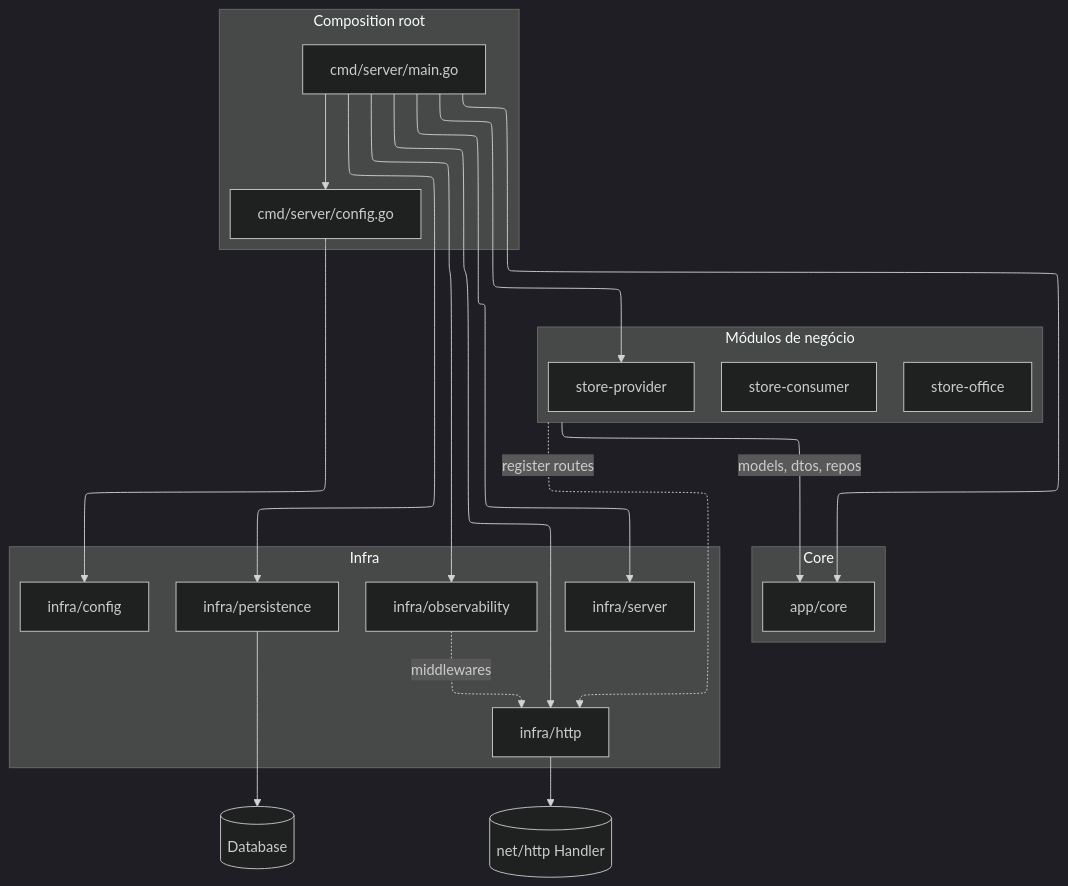
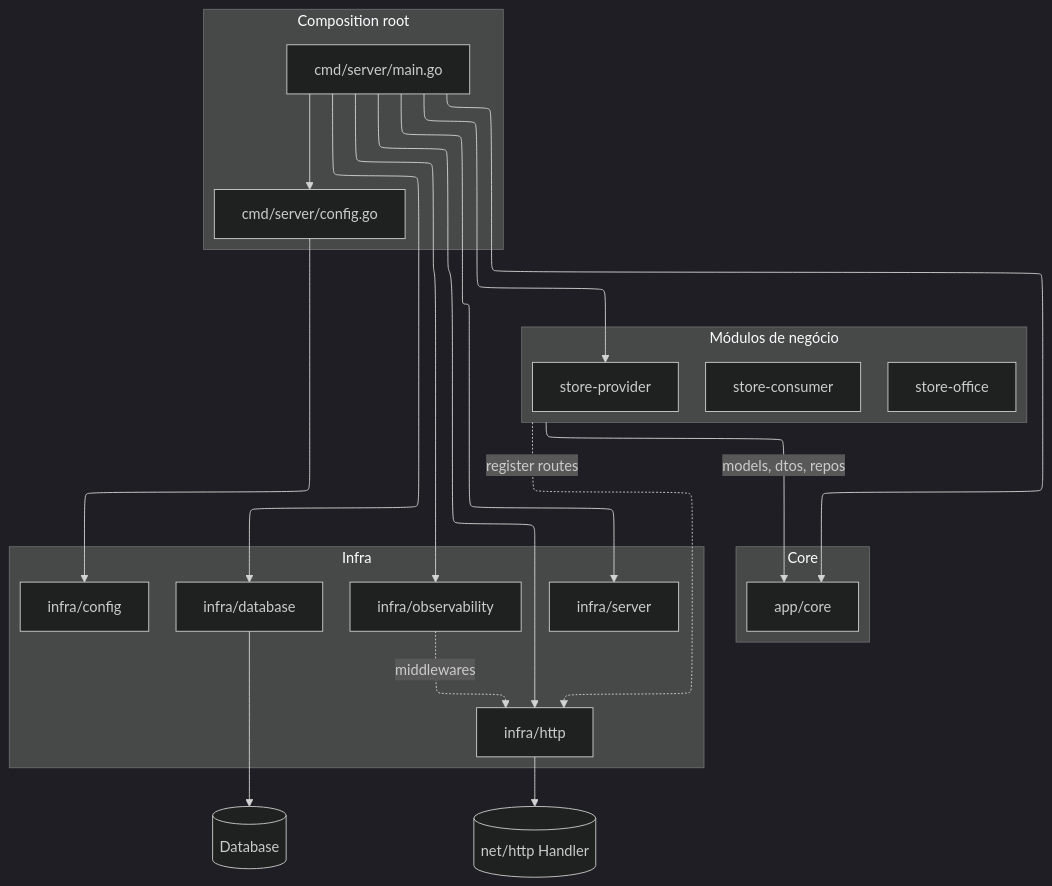
Before and after one commit to brunojet/my-store-go: the diagram in README.md, drawn with Mermaid (dark theme). The commit also changed 12 other files, not shown here.

````diff
--- a/README.md
+++ b/README.md
@@ -66,34 +66,34 @@
 ```mermaid
 ---
 config:
   layout: elk
 ---
 flowchart TB
  subgraph Entry["Composition root"]
     MAIN["cmd/server/main.go"]
     CFG["cmd/server/config.go"]
   end
  subgraph Core["Core"]
     CORE["app/core"]
   end
  subgraph Infra["Infra"]
     ICFG["infra/config"]
     ISRV["infra/server"]
     IHTTP["infra/http"]
     IOBS["infra/observability"]
-    IDB["infra/persistence"]
+    IDB["infra/database"]
   end
  subgraph Modules["Módulos de negócio"]
     PROVIDER["store-provider"]
     OFFICE["store-office"]
     CONSUMER["store-consumer"]
   end
     CFG --> ICFG
     MAIN --> CFG & ISRV & IDB & IOBS & IHTTP & CORE
     MAIN --> PROVIDER
     Modules -- models, dtos, repos --> CORE
     IDB --> DB[("Database")]
     IHTTP --> HTTPH[("net/http Handler")]
     IOBS -. middlewares .-> IHTTP
     Modules -. register routes .-> IHTTP
 ```
````
